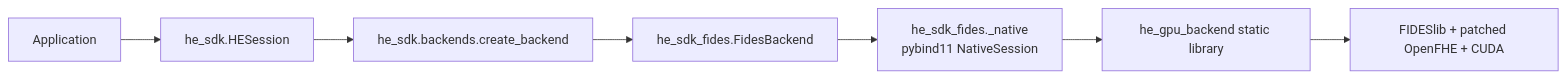
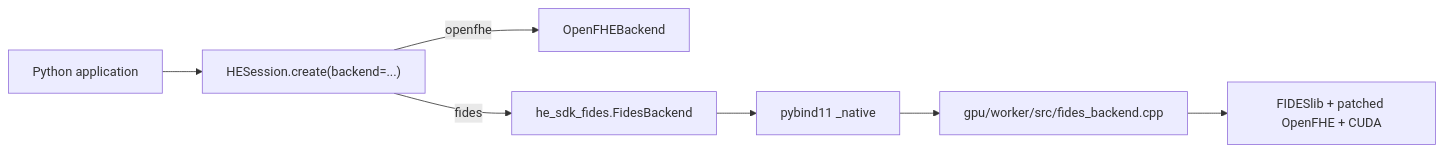
Before and after one commit to Nhatcao1/k3s-demo-app: the diagram in docs/he-sdk-fides.md, drawn with Mermaid. The commit also changed other lines of this file and 20 other files, not shown here.

Commit message:
feat(sdk): install CPU and GPU backends together

````diff
--- a/docs/he-sdk-fides.md
+++ b/docs/he-sdk-fides.md
@@ -22,9 +23,9 @@
 ```mermaid
 flowchart LR
-    APP["Application"] --> SESSION["he_sdk.HESession"]
-    SESSION --> FACTORY["he_sdk.backends.create_backend"]
-    FACTORY --> ADAPTER["he_sdk_fides.FidesBackend"]
-    ADAPTER --> NATIVE["he_sdk_fides._native<br/>pybind11 NativeSession"]
-    NATIVE --> SHARED["he_gpu_backend static library"]
-    SHARED --> FIDES["FIDESlib + patched OpenFHE + CUDA"]
+    APP["Python application"] --> SESSION["HESession.create(backend=...)"]
+    SESSION -->|openfhe| CPU["OpenFHEBackend"]
+    SESSION -->|fides| GPU["he_sdk_fides.FidesBackend"]
+    GPU --> BINDING["pybind11 _native"]
+    BINDING --> CPP["gpu/worker/src/fides_backend.cpp"]
+    CPP --> FIDES["FIDESlib + patched OpenFHE + CUDA"]
 ```
````
